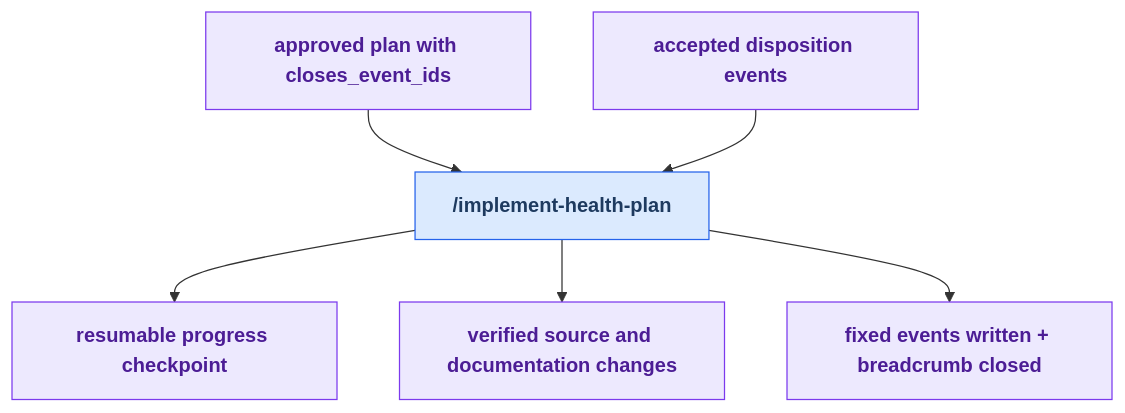
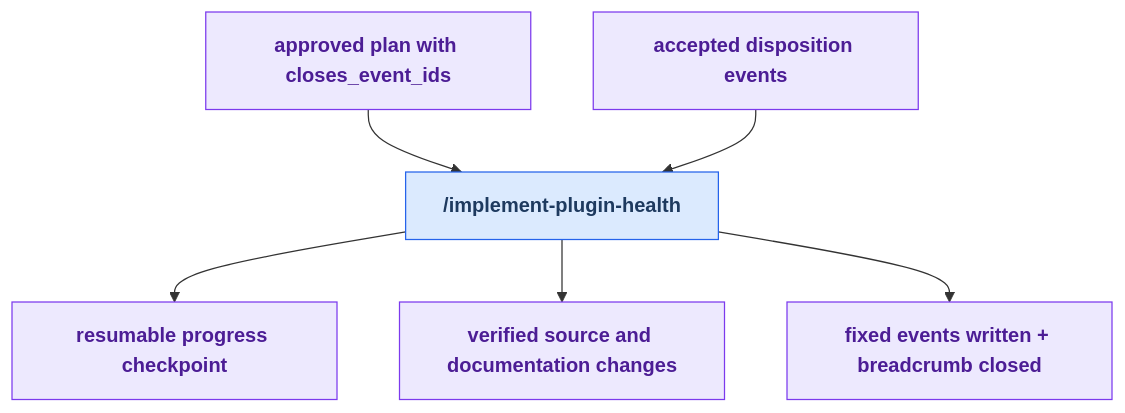
The diagram in docs/maintainer-tooling/implement.md (russell-laing/al-dev-shared), drawn with Mermaid before and after one commit. The commit also changed other lines of this file and 57 other files, not shown here.

Commit message:
🚚 move(skills): health-loop family → verb-plugin convention (8 skills)

````diff
--- a/docs/maintainer-tooling/implement.md
+++ b/docs/maintainer-tooling/implement.md
@@ -52,21 +52,21 @@
 ```mermaid
 flowchart TD
     classDef userSkill fill:#dbeafe,stroke:#2563eb,color:#1e3a5f,font-weight:bold
     classDef artifact fill:#ede9fe,stroke:#7c3aed,color:#4c1d95,font-weight:bold
 
     art_plan["approved plan with closes_event_ids"]
     art_ledger["accepted disposition events"]
-    skill_implement_health_plan["/implement-health-plan"]
+    skill_implement_health_plan["/implement-plugin-health"]
     art_progress["resumable progress checkpoint"]
     art_changed["verified source and documentation changes"]
     art_closed["fixed events written + breadcrumb closed"]
 
     art_plan --> skill_implement_health_plan
     art_ledger --> skill_implement_health_plan
     skill_implement_health_plan --> art_progress
     skill_implement_health_plan --> art_changed
     skill_implement_health_plan --> art_closed
 
     class skill_implement_health_plan userSkill
     class art_plan,art_ledger,art_progress,art_changed,art_closed artifact
 ```
````
